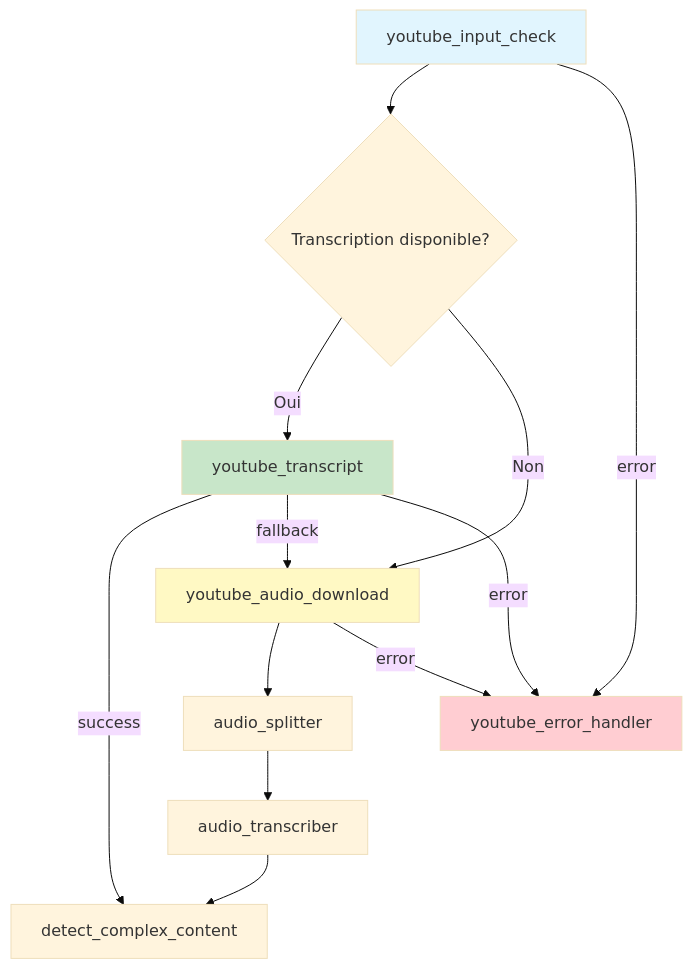
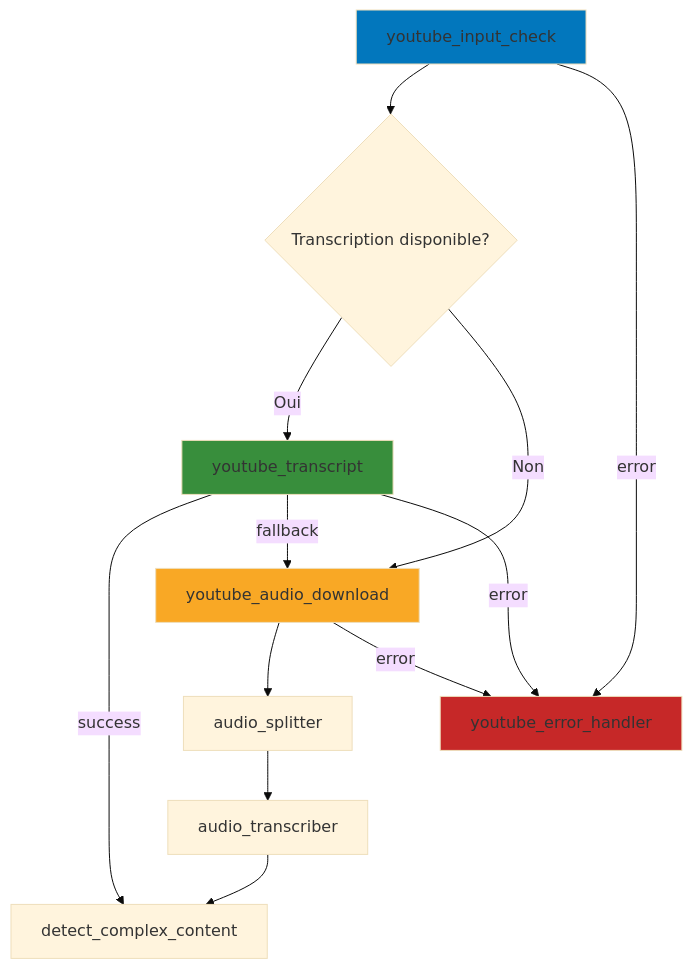
The sixth of 7 diagrams in src/content/docs/architecture/pipelines-traitement.mdx (mindlet-app/docs), drawn with Mermaid (base theme) before and after one commit. The commit also changed other lines of this file and 17 other files, not shown here.

First line of the commit message:
feat: Update Mermaid diagrams and enhance documentation clarity

````diff
--- a/src/content/docs/architecture/pipelines-traitement.mdx
+++ b/src/content/docs/architecture/pipelines-traitement.mdx
@@ -347,20 +347,20 @@
 ```mermaid
 graph TB
     A[youtube_input_check] --> B{Transcription disponible?}
     B -->|Oui| C[youtube_transcript]
     B -->|Non| D[youtube_audio_download]
     C -->|success| E[detect_complex_content]
     C -->|fallback| D
     D --> F[audio_splitter]
     F --> G[audio_transcriber]
     G --> E
     
     A -->|error| H[youtube_error_handler]
     C -->|error| H
     D -->|error| H
     
-    style A fill:#e1f5fe
-    style C fill:#c8e6c9
-    style D fill:#fff9c4
-    style H fill:#ffcdd2
+    style A fill:#0277bd
+    style C fill:#388e3c
+    style D fill:#f9a825
+    style H fill:#c62828
 ```
````
